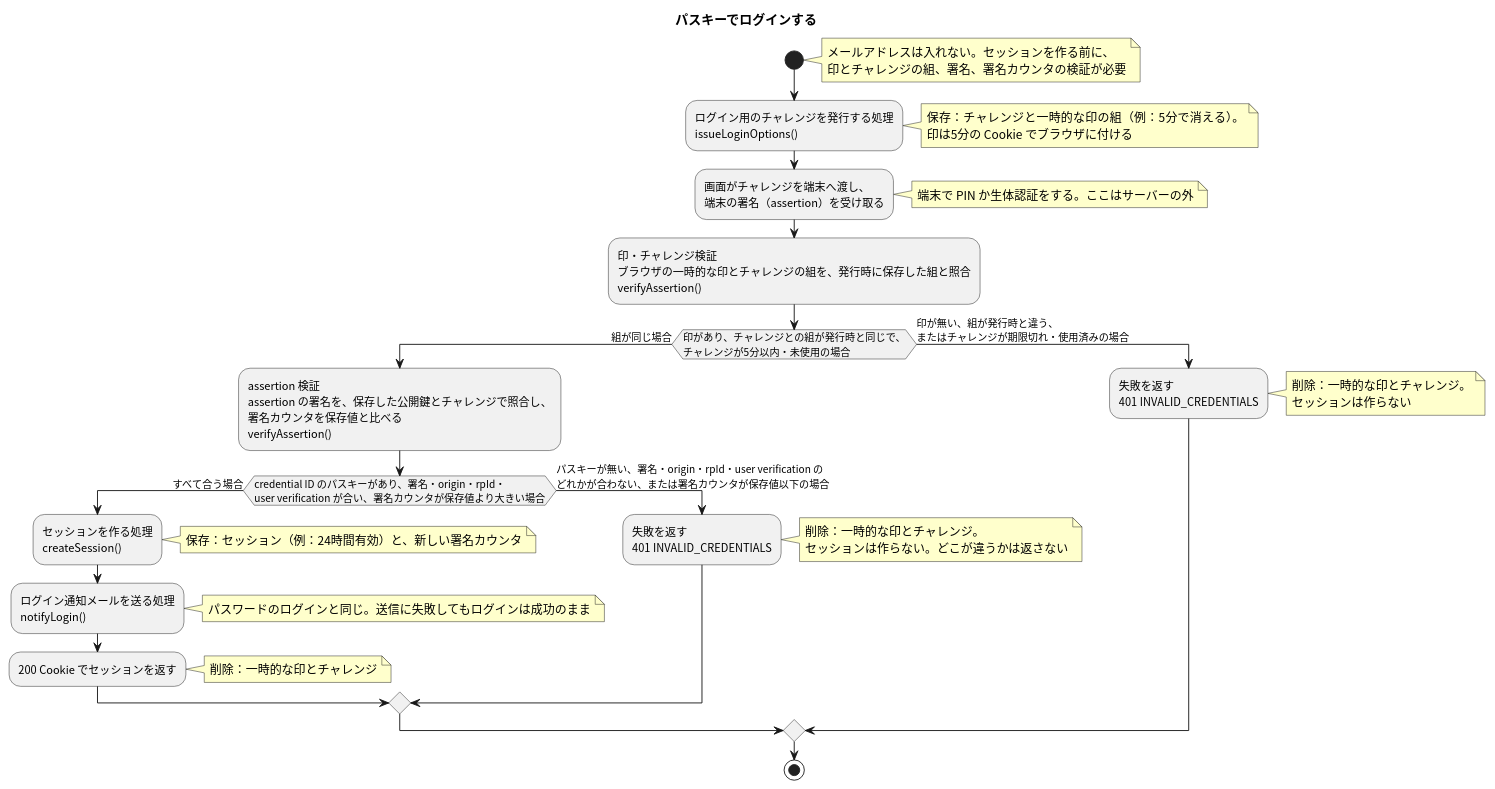
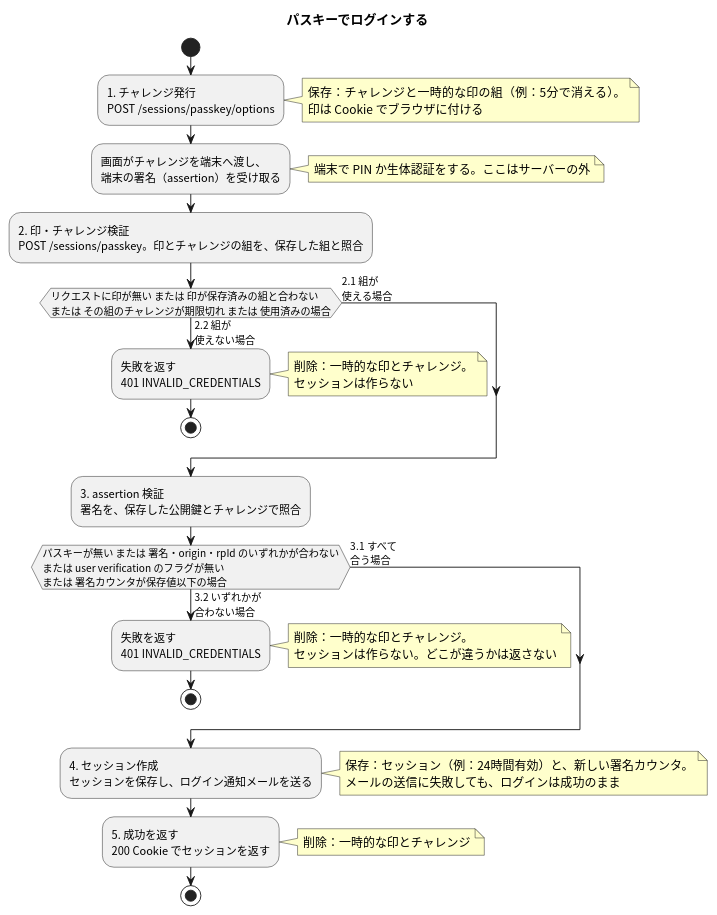
One commit to masamasamasato/design-doc-template changed the diagram in apis/login-passkey/flow.puml. Above: the diagram before and after it, drawn with PlantUML. The commit also changed other lines of this file and 40 other files, not shown here.

```diff
--- a/apis/login-passkey/flow.puml
+++ b/apis/login-passkey/flow.puml
@@ -3,34 +3,33 @@
 @startuml
 skinparam shadowing false
 skinparam defaultFontName "Noto Sans CJK JP"
 skinparam ActivityFontName "Noto Sans CJK JP"
 skinparam NoteBackgroundColor #FFFFCC
 
 title パスキーでログインする
 
 start
-note right: メールアドレスは入れない。セッションを作る前に、\n印とチャレンジの組、署名、署名カウンタの検証が必要
-:ログイン用のチャレンジを発行する処理\nissueLoginOptions();
-note right: 保存：チャレンジと一時的な印の組（例：5分で消える）。\n印は5分の Cookie でブラウザに付ける
+:1. チャレンジ発行\nPOST /sessions/passkey/options;
+note right: 保存：チャレンジと一時的な印の組（例：5分で消える）。\n印は Cookie でブラウザに付ける
 :画面がチャレンジを端末へ渡し、\n端末の署名（assertion）を受け取る;
 note right: 端末で PIN か生体認証をする。ここはサーバーの外
-:印・チャレンジ検証\nブラウザの一時的な印とチャレンジの組を、発行時に保存した組と照合\nverifyAssertion();
-if (印があり、チャレンジとの組が発行時と同じで、\nチャレンジが5分以内・未使用の場合) then (組が同じ場合)
-  :assertion 検証\nassertion の署名を、保存した公開鍵とチャレンジで照合し、\n署名カウンタを保存値と比べる\nverifyAssertion();
-  if (credential ID のパスキーがあり、署名・origin・rpId・\nuser verification が合い、署名カウンタが保存値より大きい場合) then (すべて合う場合)
-    :セッションを作る処理\ncreateSession();
-    note right: 保存：セッション（例：24時間有効）と、新しい署名カウンタ
-    :ログイン通知メールを送る処理\nnotifyLogin();
-    note right: パスワードのログインと同じ。送信に失敗してもログインは成功のまま
-    :200 Cookie でセッションを返す;
-    note right: 削除：一時的な印とチャレンジ
-  else (パスキーが無い、署名・origin・rpId・user verification の\nどれかが合わない、または署名カウンタが保存値以下の場合)
-    :失敗を返す\n401 INVALID_CREDENTIALS;
-    note right: 削除：一時的な印とチャレンジ。\nセッションは作らない。どこが違うかは返さない
-  endif
-else (印が無い、組が発行時と違う、\nまたはチャレンジが期限切れ・使用済みの場合)
+:2. 印・チャレンジ検証\nPOST /sessions/passkey。印とチャレンジの組を、保存した組と照合;
+if (リクエストに印が無い または 印が保存済みの組と合わない\nまたは その組のチャレンジが期限切れ または 使用済みの場合) then (2.2 組が\n使えない場合)
   :失敗を返す\n401 INVALID_CREDENTIALS;
   note right: 削除：一時的な印とチャレンジ。\nセッションは作らない
+  stop
+else (2.1 組が\n使える場合)
 endif
+:3. assertion 検証\n署名を、保存した公開鍵とチャレンジで照合;
+if (パスキーが無い または 署名・origin・rpId のいずれかが合わない\nまたは user verification のフラグが無い\nまたは 署名カウンタが保存値以下の場合) then (3.2 いずれかが\n合わない場合)
+  :失敗を返す\n401 INVALID_CREDENTIALS;
+  note right: 削除：一時的な印とチャレンジ。\nセッションは作らない。どこが違うかは返さない
+  stop
+else (3.1 すべて\n合う場合)
+endif
+:4. セッション作成\nセッションを保存し、ログイン通知メールを送る;
+note right: 保存：セッション（例：24時間有効）と、新しい署名カウンタ。\nメールの送信に失敗しても、ログインは成功のまま
+:5. 成功を返す\n200 Cookie でセッションを返す;
+note right: 削除：一時的な印とチャレンジ
 stop
 @enduml
```
